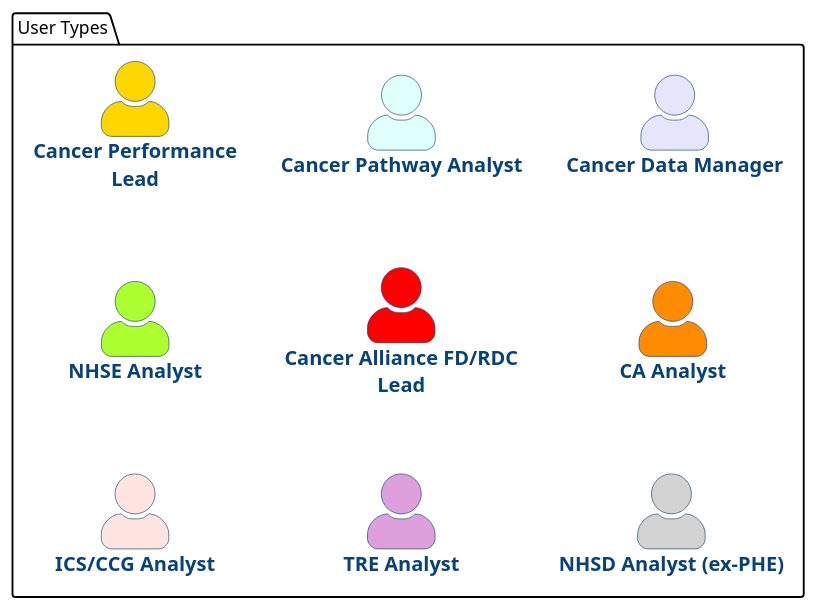
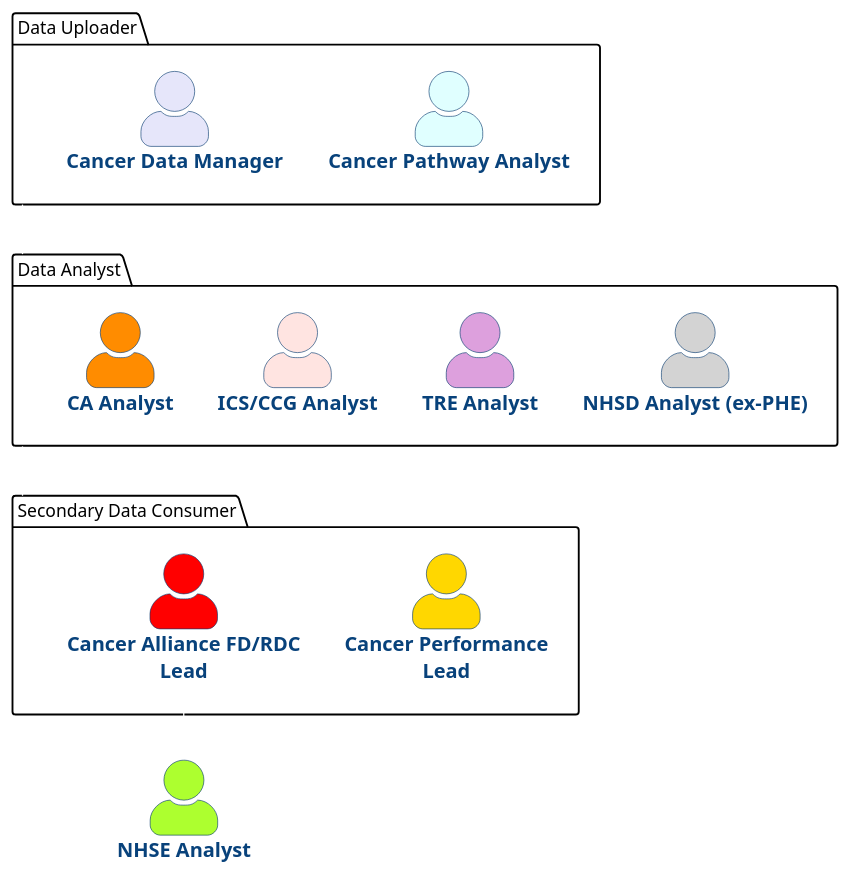
The diagram in CWT/Process/user-types.puml (nhsx/dt-public), drawn with PlantUML before and after one commit. The commit also changed 4 other files, not shown here.

Commit message:
Update file(s) "/." from "nhsx/dt-architecture"

```diff
--- a/CWT/Process/user-types.puml
+++ b/CWT/Process/user-types.puml
@@ -1,39 +1,42 @@
 @startuml cwt-user-types
 'left to right direction
 
 !include <C4/C4_Container>
 
 HIDE_STEREOTYPE()
 SHOW_PERSON_PORTRAIT()
 
+UpdateElementStyle(person, $fontColor="black")
+
 skinparam Shadowing false
 
+package "Data Uploader" as du {
 
-package "User Types" {
-
-  Person("cancer.perf.lead", "Cancer Performance Lead", "") #Gold   
   Person("cancer.pathway.analyst", "Cancer Pathway Analyst", "") #LightCyan
   Person("cancer.data.manager", "Cancer Data Manager", "") #Lavender
 
-  Person("nhse.analyst", "NHSE Analyst", "") #GreenYellow   
-  Person("cancer.alliance.fd.lead", "Cancer Alliance FD/RDC Lead", "") #Red
+}
+
+package "Data Analyst" as da {
   Person("ca.analyst", "CA Analyst", "") #DarkOrange
-
   Person("ics.analyst", "ICS/CCG Analyst", "") #MistyRose   
   Person("tre.analyst", "TRE Analyst", "") #Plum
   Person("nhsd.analyst", "NHSD Analyst (ex-PHE)", "") #LightGrey
 
-  cancer.perf.lead .[#hidden] cancer.pathway.analyst
-  cancer.pathway.analyst .[#hidden] cancer.data.manager
-
-  cancer.perf.lead .[#hidden]. nhse.analyst
-  cancer.pathway.analyst .[#hidden].  cancer.alliance.fd.lead 
-  cancer.data.manager .[#hidden].  ca.analyst
-
-  nhse.analyst .[#hidden]. ics.analyst
-  cancer.alliance.fd.lead .[#hidden]. tre.analyst
-  ca.analyst .[#hidden]. nhsd.analyst
-
+  ca.analyst -[#hidden] ics.analyst
+  ics.analyst -[#hidden] tre.analyst
+  tre.analyst -[#hidden] nhsd.analyst
 }
 
+package "Secondary Data Consumer" as dc {
+  Person("cancer.perf.lead", "Cancer Performance Lead", "") #Gold   
+  Person("cancer.alliance.fd.lead", "Cancer Alliance FD/RDC Lead", "") #Red
+}
+
+Person("nhse.analyst", "NHSE Analyst", "") #GreenYellow   
+
+du -[#hidden]- da
+da -[#hidden]- dc
+cancer.alliance.fd.lead -[#hidden]- nhse.analyst
+
 @enduml
```
